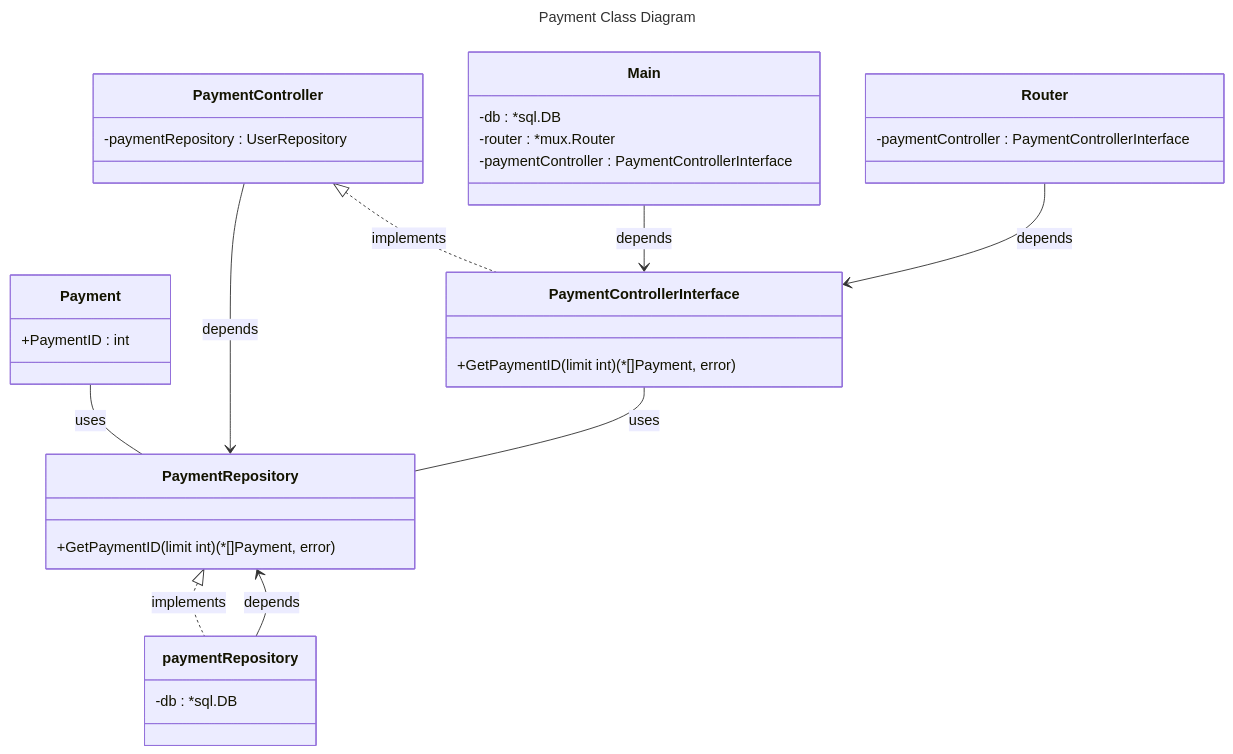
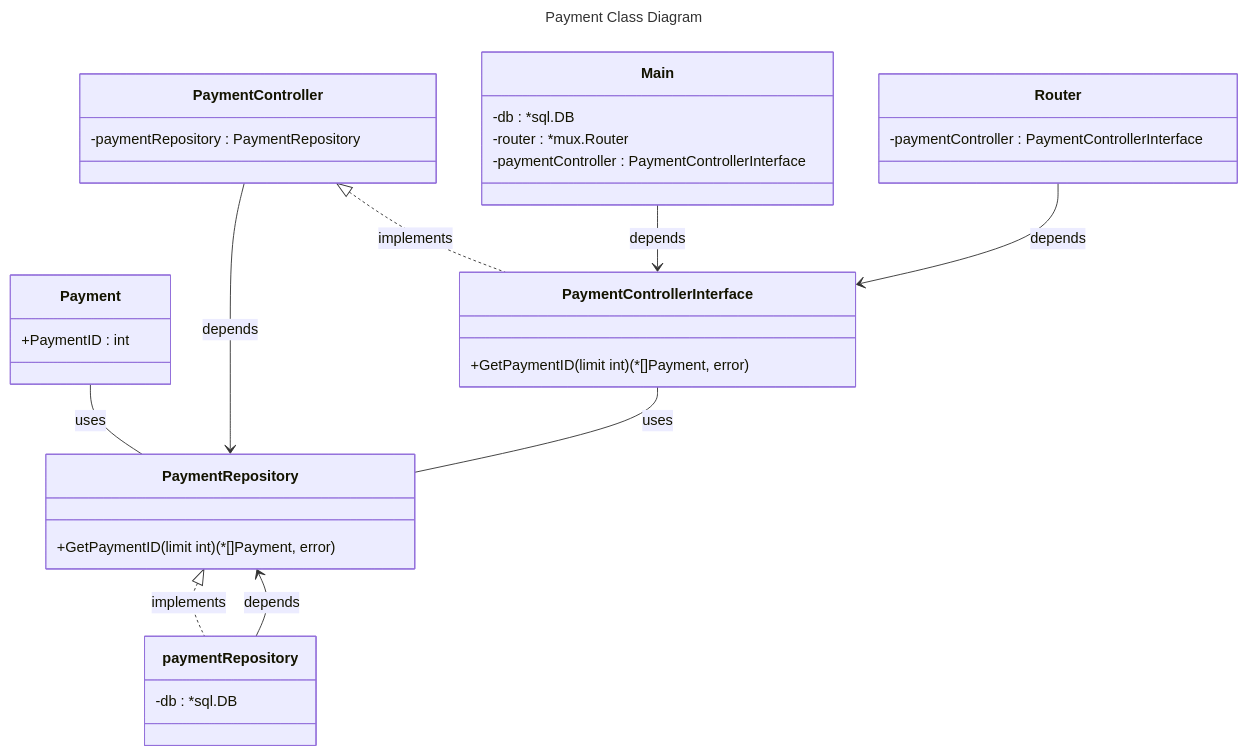
The diagram in README.md (danny-personal/go-sandbox-clean), drawn with Mermaid before and after one commit.

````diff
--- a/README.md
+++ b/README.md
@@ -3,44 +3,44 @@
 ```mermaid
 ---
 title: Payment Class Diagram
 ---
 classDiagram
     class Payment {
         +PaymentID : int
     }
 
     class PaymentRepository {
         +GetPaymentID(limit int) (*[]Payment, error)
     }
 
     class paymentRepository {
         -db : *sql.DB
     }
 
     class PaymentControllerInterface {
         +GetPaymentID(limit int) (*[]Payment, error)
     }
 
     class PaymentController {
-        -paymentRepository : UserRepository
+        -paymentRepository : PaymentRepository
     }
 
     class Main {
         -db : *sql.DB
         -router : *mux.Router
         -paymentController : PaymentControllerInterface
     }
 
     class Router {
         -paymentController : PaymentControllerInterface
     }
 
     Payment -- PaymentRepository : uses
     PaymentRepository <|.. paymentRepository : implements
     paymentRepository --> PaymentRepository : depends
     PaymentController --> PaymentRepository : depends
     PaymentController <|.. PaymentControllerInterface : implements
     PaymentControllerInterface -- PaymentRepository : uses
     Main --> PaymentControllerInterface : depends
     Router --> PaymentControllerInterface : depends
 ```
````
